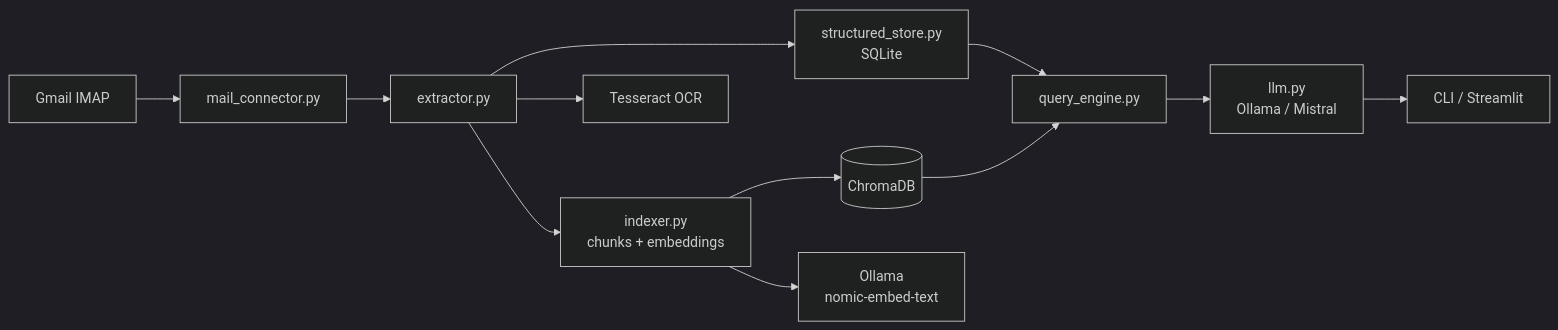
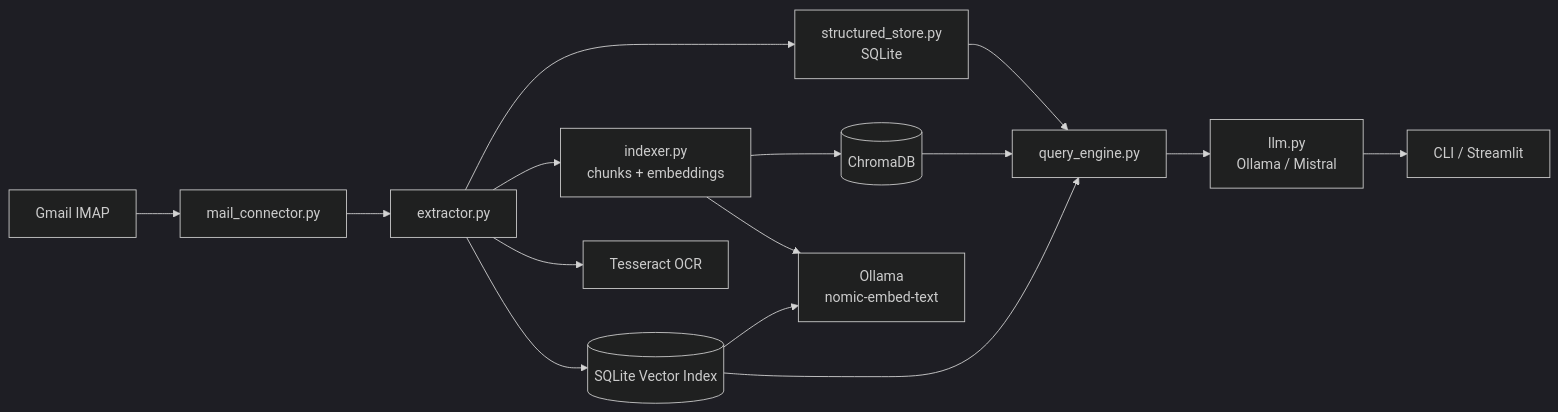
The diagram in README.md (PascalDuval/IAmail), drawn with Mermaid (dark theme) before and after one commit. The commit also changed other lines of this file and 5 other files, not shown here.

Commit message:
feat(hybrid): add Ollama + sqlite-vector backend as chroma alternative

````diff
--- a/README.md
+++ b/README.md
@@ -20,14 +21,17 @@
 ```mermaid
 flowchart LR
   G[Gmail IMAP] --> MC[mail_connector.py]
   MC --> EX[extractor.py]
   EX --> SS[structured_store.py\nSQLite]
   EX --> IX[indexer.py\nchunks + embeddings]
   IX --> CH[(ChromaDB)]
+  EX --> SV[(SQLite Vector Index)]
   SS --> QE[query_engine.py]
   CH --> QE
+  SV --> QE
   QE --> LLM[llm.py\nOllama / Mistral]
   LLM --> CLI[CLI / Streamlit]
   EX --> TS[Tesseract OCR]
   IX --> OL[Ollama\nnomic-embed-text]
+  SV --> OL
 ```
````
